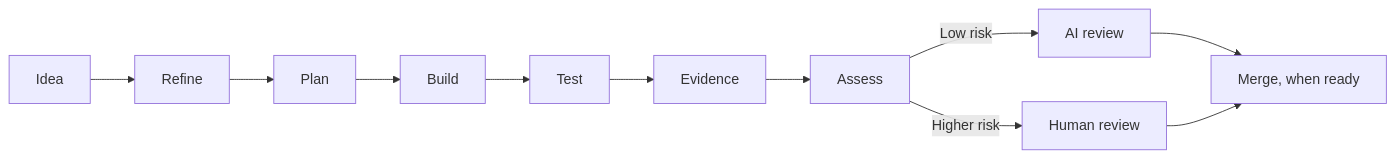
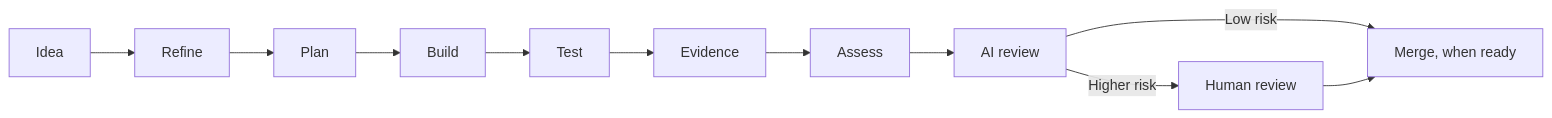
The diagram in README.md (schalkje/Gimli), drawn with Mermaid before and after one commit. The commit also changed 4 other files, not shown here.

````diff
--- a/README.md
+++ b/README.md
@@ -17,9 +17,9 @@
 ```mermaid
 flowchart LR
 	idea[Idea] --> refine[Refine] --> plan[Plan] --> build[Build]
 	build --> test[Test] --> evidence[Evidence] --> assess[Assess]
-	assess -->|Low risk| aiReview[AI review]
-	assess -->|Higher risk| humanReview[Human review]
-	aiReview --> merge[Merge, when ready]
+	assess --> aiReview[AI review]
+	aiReview -->|Low risk| merge[Merge, when ready]
+	aiReview -->|Higher risk| humanReview[Human review]
 	humanReview --> merge
 ```
````
